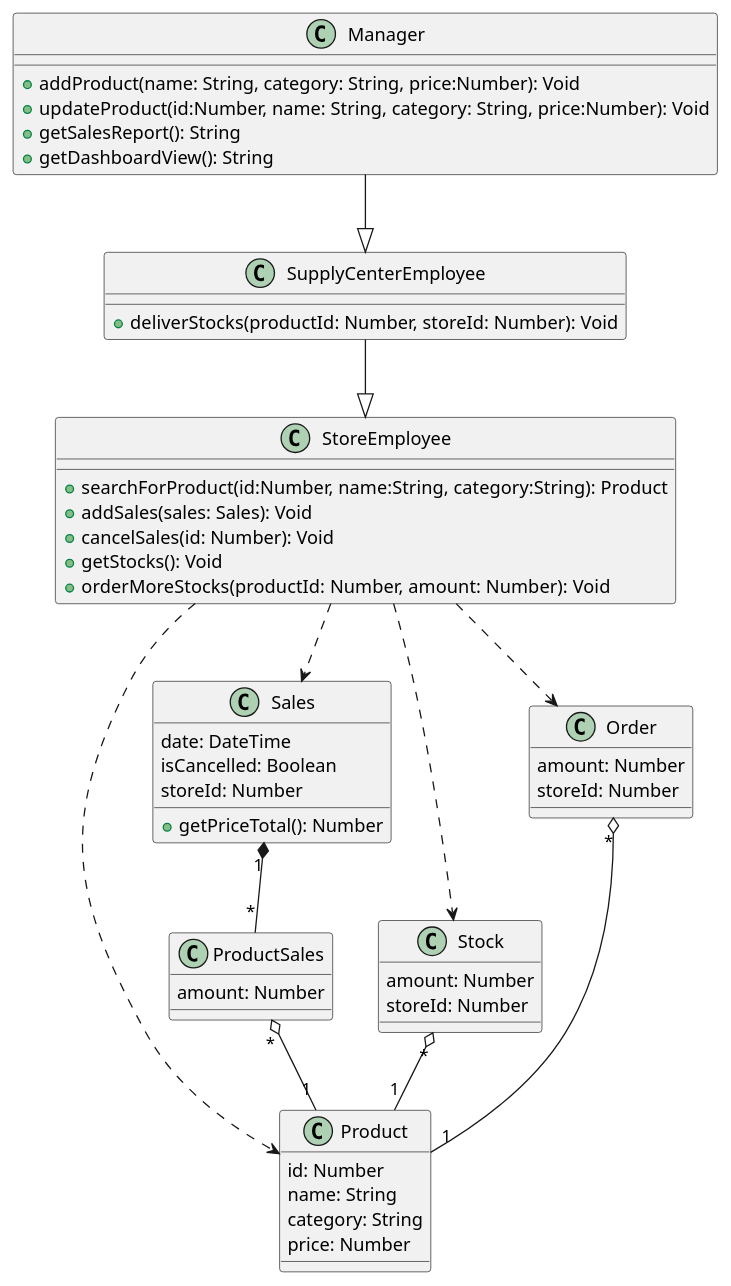
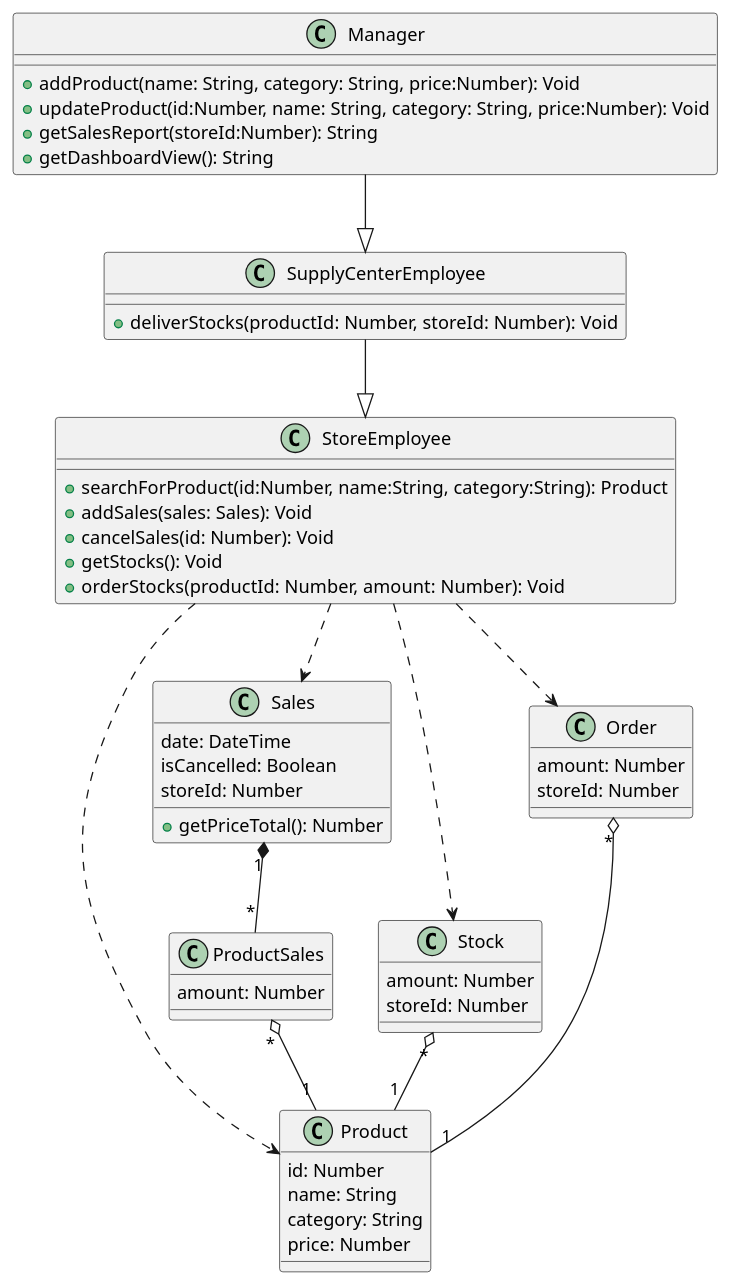
The diagram in docs/UML/class.puml (ThePhobosDeimosSuite/laboratoire-0_log430), drawn with PlantUML before and after one commit. The commit also changed 21 other files, not shown here.

```diff
--- a/docs/UML/class.puml
+++ b/docs/UML/class.puml
@@ -1,68 +1,68 @@
 @startuml class
 class StoreEmployee {
     + searchForProduct(id:Number, name:String, category:String): Product
     + addSales(sales: Sales): Void
     + cancelSales(id: Number): Void    
     + getStocks(): Void
-    + orderMoreStocks(productId: Number, amount: Number): Void
+    + orderStocks(productId: Number, amount: Number): Void
 }
 
 class SupplyCenterEmployee {
     + deliverStocks(productId: Number, storeId: Number): Void
 }
 
 class Manager {
     + addProduct(name: String, category: String, price:Number): Void
     + updateProduct(id:Number, name: String, category: String, price:Number): Void
-    + getSalesReport(): String
+    + getSalesReport(storeId:Number): String
     + getDashboardView(): String
 }
 
 class Product {
     id: Number
     name: String
     category: String
     price: Number
 }
 
 class Sales {
     date: DateTime
     isCancelled: Boolean
     storeId: Number
     + getPriceTotal(): Number
 }
 
 class Stock {
     amount: Number
     storeId: Number
 }
 
 class Order {
     amount: Number
     storeId: Number
 }
 
 class ProductSales {
     amount: Number
 }
 
 StoreEmployee ..> Sales
 
 StoreEmployee ..> Product
 
 StoreEmployee ..> Stock
 
 StoreEmployee ..> Order
 
 SupplyCenterEmployee --|> StoreEmployee
 
 Manager --|> SupplyCenterEmployee
 
 Sales "1" *-- "*" ProductSales
 
 ProductSales "*" o-- "1" Product
 
 Stock "*" o-- "1" Product
 
 Order "*" o-- "1" Product
 @enduml
```
